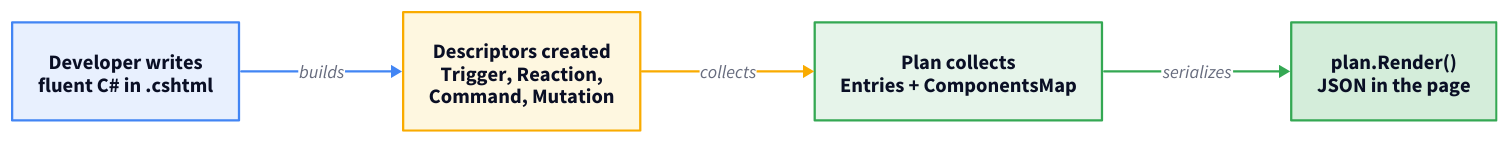
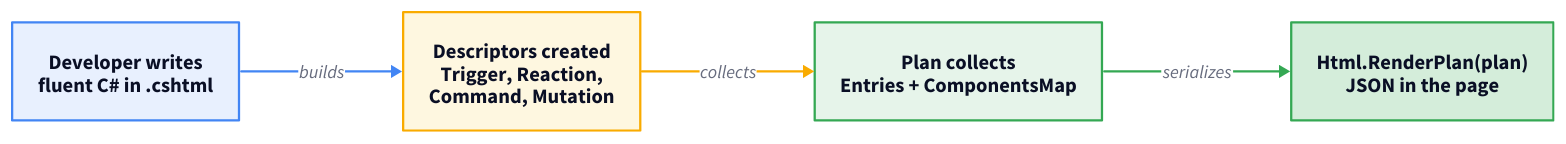
One commit to marafiq/alis-reactive changed the diagram in docs-site/src/content/docs/architecture/fluent-builders.mdx. Above: the diagram before and after it, drawn with D2. The commit also changed other lines of this file and 3 other files, not shown here.

First line of the commit message:
docs: fix all architecture review issues verified against code

````diff
--- a/docs-site/src/content/docs/architecture/fluent-builders.mdx
+++ b/docs-site/src/content/docs/architecture/fluent-builders.mdx
@@ -10,38 +10,38 @@
 ```d2
 direction: right
 
 call: "Developer writes\nfluent C# in .cshtml" {
   shape: rectangle
   style.fill: "#e8f0fe"
   style.stroke: "#4285f4"
   style.font-size: 18
 }
 descriptor: "Descriptors created\nTrigger, Reaction,\nCommand, Mutation" {
   shape: rectangle
   style.fill: "#fef7e0"
   style.stroke: "#f9ab00"
   style.font-size: 18
 }
 plan: "Plan collects\nEntries + ComponentsMap" {
   shape: rectangle
   style.fill: "#e6f4ea"
   style.stroke: "#34a853"
   style.font-size: 18
 }
-json: "plan.Render()\nJSON in the page" {
+json: "Html.RenderPlan(plan)\nJSON in the page" {
   shape: rectangle
   style.fill: "#d4edda"
   style.stroke: "#34a853"
   style.font-size: 18
 }
 
 call -> descriptor: builds {
   style.stroke: "#4285f4"
 }
 descriptor -> plan: collects {
   style.stroke: "#f9ab00"
 }
 plan -> json: serializes {
   style.stroke: "#34a853"
 }
 ```
````
